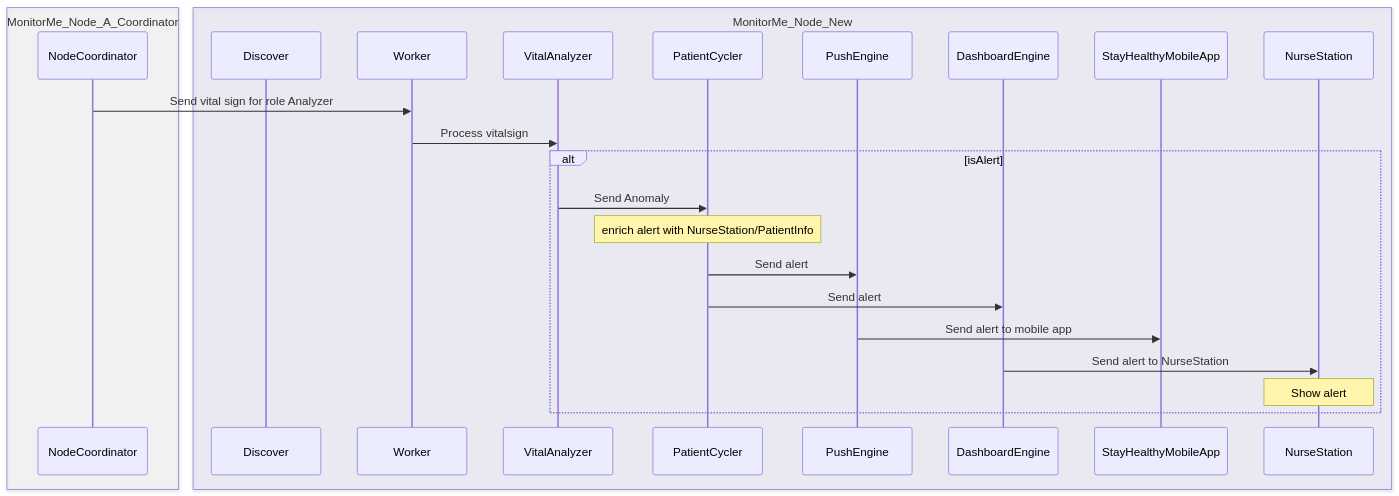
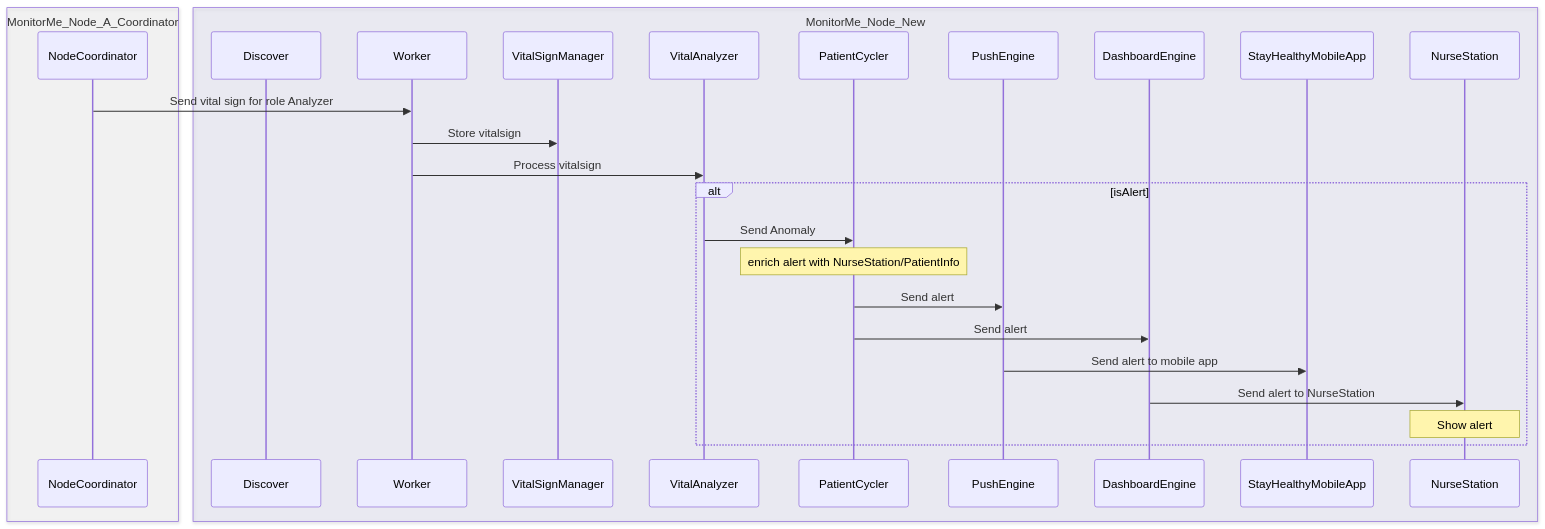
The first of 2 diagrams in README.md (CoolProfsJeroenB/TeamLowCode-Katas2024), drawn with Mermaid before and after one commit. The commit also changed other lines of this file and 2 other files, not shown here.

````diff
--- a/README.md
+++ b/README.md
@@ -424,29 +437,31 @@
 ``` mermaid
 sequenceDiagram
     box rgb(240,240,240,0.2) MonitorMe_Node_A_Coordinator
      participant NodeCoordinator
     end
 
     box rgb(200,200,240,0.2) MonitorMe_Node_New
     participant Discover
     participant Worker
+    participant VitalSignManager
     Participant VitalAnalyzer
     Participant PatientCycler
     Participant PushEngine
     Participant DashboardEngine
     Participant StayHealthyMobileApp
     Participant NurseStation
     end
 
     NodeCoordinator->>Worker: Send vital sign for role Analyzer
+    Worker->>VitalSignManager: Store vitalsign
     Worker->>VitalAnalyzer: Process vitalsign
     alt isAlert
         VitalAnalyzer->>PatientCycler: Send Anomaly
         Note over PatientCycler: enrich alert with NurseStation/PatientInfo
         PatientCycler->>PushEngine: Send alert 
         PatientCycler->>DashboardEngine: Send alert 
         PushEngine->>StayHealthyMobileApp: Send alert to mobile app
         DashboardEngine->>NurseStation: Send alert to NurseStation
         Note over NurseStation: Show alert
     end
 ```
````
